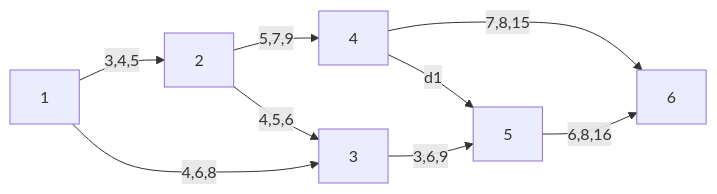
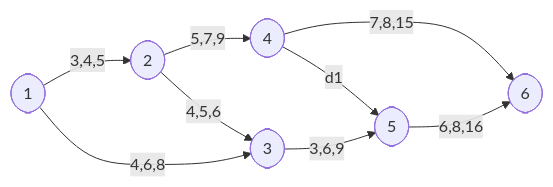
The fifth of 12 diagrams in 0202프로세스진도관리.qmd (yeonkyupark/pepc2e), drawn with Mermaid before and after one commit. The commit also changed other lines of this file, not shown here.

````diff
--- a/0202프로세스진도관리.qmd
+++ b/0202프로세스진도관리.qmd
@@ -255,18 +257,18 @@
 ```{mermaid}
 flowchart LR
-1[1]
-2[2]
-3[3]
-4[4]
-5[5]
-6[6]
+1([1])
+2([2])
+3([3])
+4([4])
+5([5])
+6([6])
 
 1 --3,4,5--> 2
 2 --4,5,6-->3
 1 --4,6,8-->3
 2 --5,7,9-->4
 4 --d1-->5
 3 --3,6,9-->5
 4 --7,8,15-->6
 5 --6,8,16-->6
 ```
````
